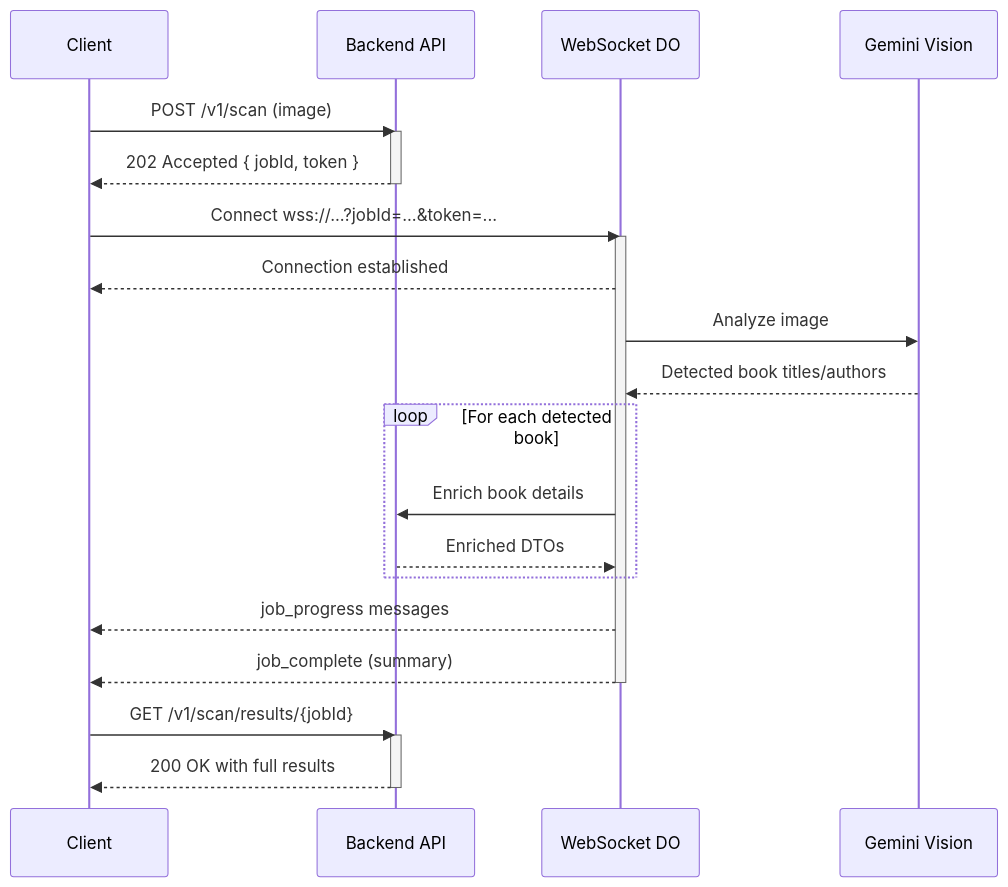
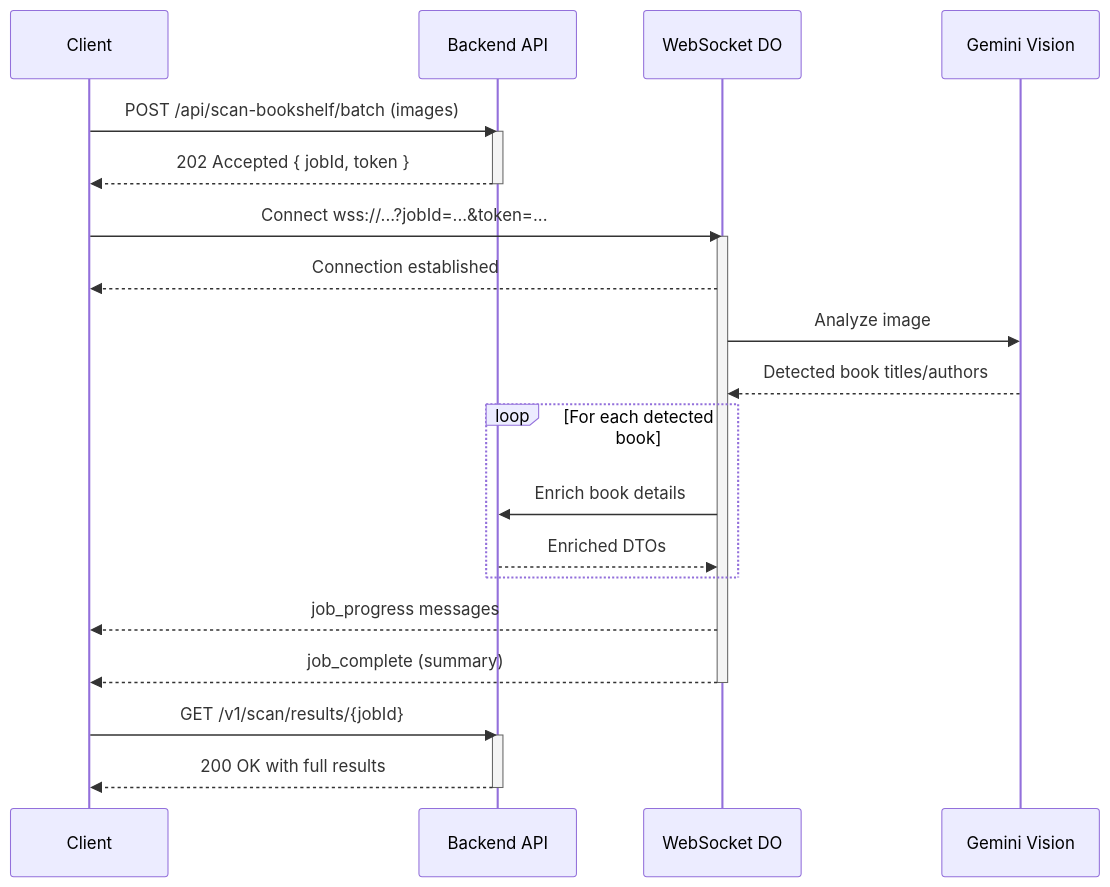
Before and after one commit to jukasdrj/bendv3: the second of 4 diagrams in docs/PRD.md, drawn with Mermaid. The commit also changed other lines of this file, not shown here.

First line of the commit message:
docs: update PRD to reflect current architecture and V2 features (#165)

````diff
--- a/docs/PRD.md
+++ b/docs/PRD.md
@@ -104,33 +105,33 @@
 ```mermaid
 sequenceDiagram
     participant Client
     participant Backend API
     participant WebSocket DO
     participant Gemini Vision
 
-    Client->>Backend API: POST /v1/scan (image)
+    Client->>Backend API: POST /api/scan-bookshelf/batch (images)
     activate Backend API
     Backend API-->>Client: 202 Accepted { jobId, token }
     deactivate Backend API
 
     Client->>WebSocket DO: Connect wss://...?jobId=...&token=...
     activate WebSocket DO
     WebSocket DO-->>Client: Connection established
 
     WebSocket DO->>Gemini Vision: Analyze image
     Gemini Vision-->>WebSocket DO: Detected book titles/authors
 
     loop For each detected book
         WebSocket DO->>Backend API: Enrich book details
         Backend API-->>WebSocket DO: Enriched DTOs
     end
 
     WebSocket DO-->>Client: job_progress messages
     WebSocket DO-->>Client: job_complete (summary)
     deactivate WebSocket DO
 
     Client->>Backend API: GET /v1/scan/results/{jobId}
     activate Backend API
     Backend API-->>Client: 200 OK with full results
     deactivate Backend API
 ```
````
